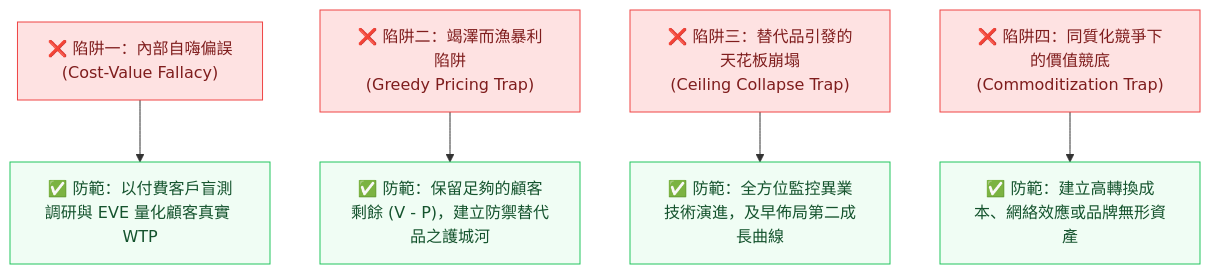
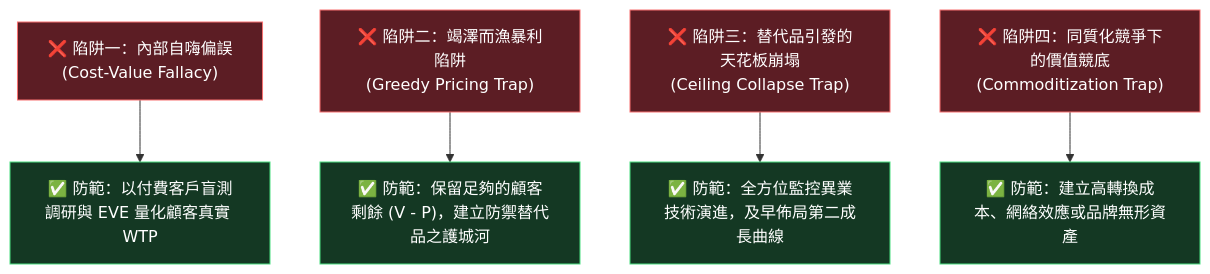
Before and after one commit to Jimlin0428/my-digital-garden: the fifth of 5 diagrams in src/site/notes/98_商業概念庫/vpc-value-price-cost_價值價格成本分析.md, drawn with Mermaid. The commit also changed other lines of this file and 58 other files, not shown here.

````diff
--- a/src/site/notes/98_商業概念庫/vpc-value-price-cost_價值價格成本分析.md
+++ b/src/site/notes/98_商業概念庫/vpc-value-price-cost_價值價格成本分析.md
@@ -246,16 +246,16 @@
 ```mermaid
 flowchart TD
     Pitfall1["❌ 陷阱一：內部自嗨偏誤<br>(Cost-Value Fallacy)"] --> Fix1["✅ 防範：以付費客戶盲測調研與 EVE 量化顧客真實 WTP"]
     Pitfall2["❌ 陷阱二：竭澤而漁暴利陷阱<br>(Greedy Pricing Trap)"] --> Fix2["✅ 防範：保留足夠的顧客剩餘 (V - P)，建立防禦替代品之護城河"]
     Pitfall3["❌ 陷阱三：替代品引發的天花板崩塌<br>(Ceiling Collapse Trap)"] --> Fix3["✅ 防範：全方位監控異業技術演進，及早佈局第二成長曲線"]
     Pitfall4["❌ 陷阱四：同質化競爭下的價值競底<br>(Commoditization Trap)"] --> Fix4["✅ 防範：建立高轉換成本、網絡效應或品牌無形資產"]
 
-    style Pitfall1 fill:#fee2e2,stroke:#ef4444,stroke-width:1px,color:#7f1d1d
-    style Pitfall2 fill:#fee2e2,stroke:#ef4444,stroke-width:1px,color:#7f1d1d
-    style Pitfall3 fill:#fee2e2,stroke:#ef4444,stroke-width:1px,color:#7f1d1d
-    style Pitfall4 fill:#fee2e2,stroke:#ef4444,stroke-width:1px,color:#7f1d1d
-    style Fix1 fill:#f0fdf4,stroke:#22c55e,stroke-width:1px,color:#14532d
-    style Fix2 fill:#f0fdf4,stroke:#22c55e,stroke-width:1px,color:#14532d
-    style Fix3 fill:#f0fdf4,stroke:#22c55e,stroke-width:1px,color:#14532d
-    style Fix4 fill:#f0fdf4,stroke:#22c55e,stroke-width:1px,color:#14532d
+    style Pitfall1 fill:#5c1d24,stroke:#f87171,stroke-width:1px,color:#ffffff
+    style Pitfall2 fill:#5c1d24,stroke:#f87171,stroke-width:1px,color:#ffffff
+    style Pitfall3 fill:#5c1d24,stroke:#f87171,stroke-width:1px,color:#ffffff
+    style Pitfall4 fill:#5c1d24,stroke:#f87171,stroke-width:1px,color:#ffffff
+    style Fix1 fill:#143823,stroke:#4ade80,stroke-width:1px,color:#ffffff
+    style Fix2 fill:#143823,stroke:#4ade80,stroke-width:1px,color:#ffffff
+    style Fix3 fill:#143823,stroke:#4ade80,stroke-width:1px,color:#ffffff
+    style Fix4 fill:#143823,stroke:#4ade80,stroke-width:1px,color:#ffffff
 ```
````
